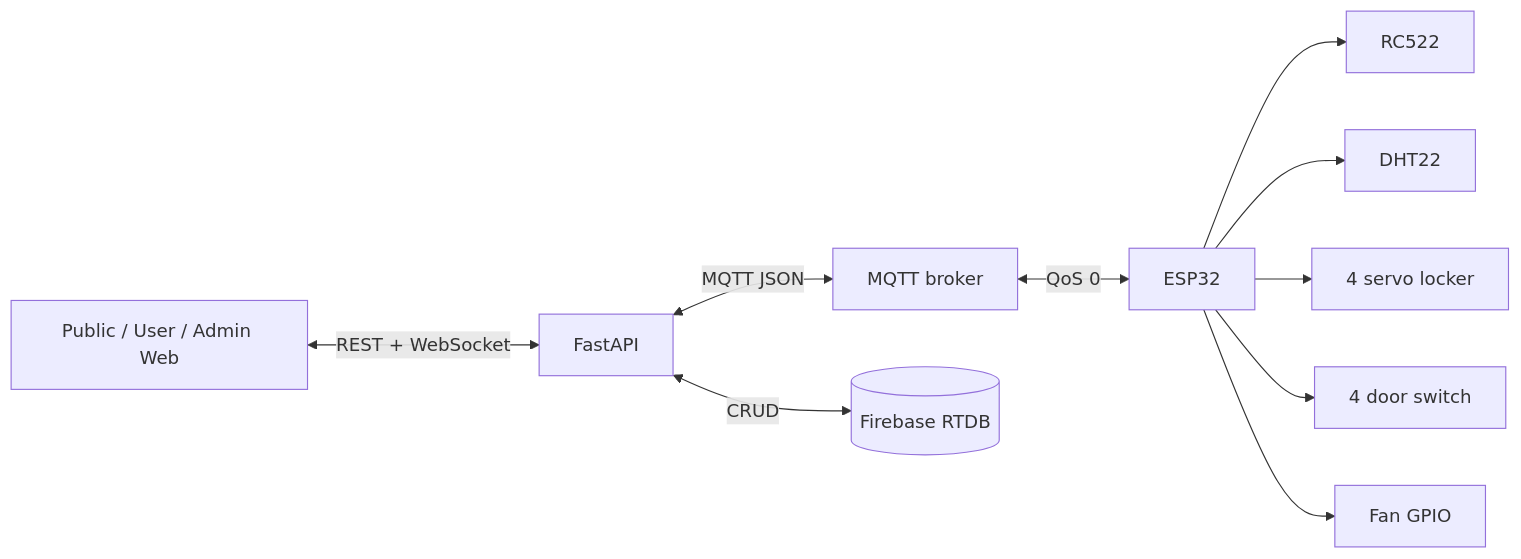
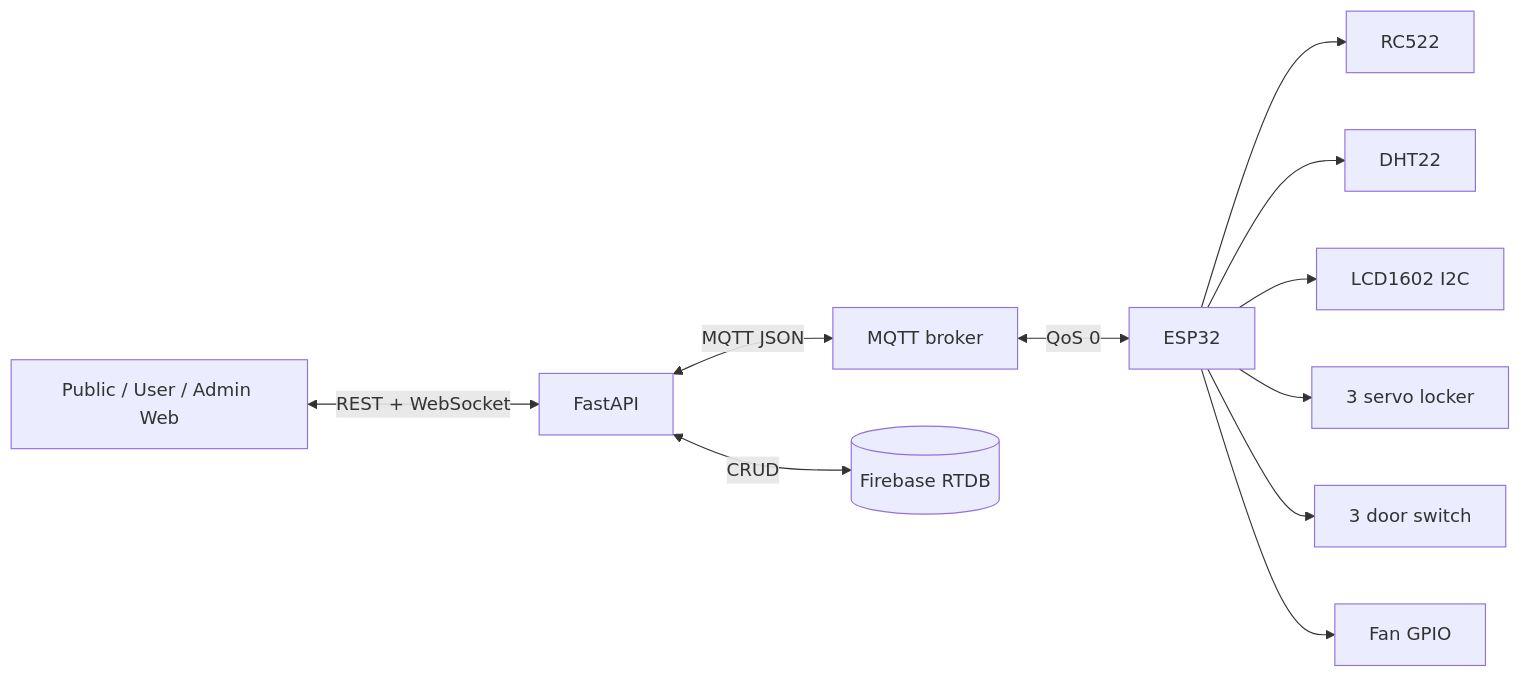
Before and after one commit to vuhieu0808/iot-project: the diagram in docs/CodeExplain/04_VIVA_CHEATSHEET.md, drawn with Mermaid. The commit also changed other lines of this file and 20 other files, not shown here.

Commit message:
feat(esp32): Update docs & Implement LCD module

````diff
--- a/docs/CodeExplain/04_VIVA_CHEATSHEET.md
+++ b/docs/CodeExplain/04_VIVA_CHEATSHEET.md
@@ -9,12 +9,13 @@
 ```mermaid
 flowchart LR
   Web[Public / User / Admin Web] <-->|REST + WebSocket| API[FastAPI]
   API <-->|MQTT JSON| Broker[MQTT broker]
   Broker <-->|QoS 0| ESP[ESP32]
   API <-->|CRUD| Firebase[(Firebase RTDB)]
   ESP --> RFID[RC522]
   ESP --> DHT[DHT22]
-  ESP --> Servo[4 servo locker]
-  ESP --> Door[4 door switch]
+  ESP --> LCD[LCD1602 I2C]
+  ESP --> Servo[3 servo locker]
+  ESP --> Door[3 door switch]
   ESP --> Fan[Fan GPIO]
 ```
````
